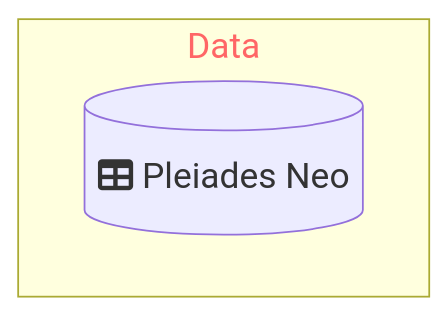
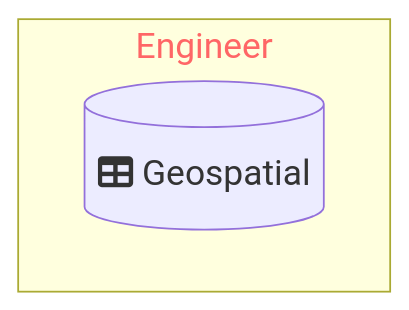
The diagram in README.md (DippoldEJ/DippoldEJ), drawn with Mermaid before and after one commit.

````diff
--- a/README.md
+++ b/README.md
@@ -3,18 +3,18 @@
 ```mermaid
 flowchart LR;
 %%{init: {
 	'themeVariables': { 'fontSize': '20px', 'fontFamily': 'Didot'}
 	}
 }%%
 
- subgraph n[Data]
+ subgraph n[Engineer]
         direction LR
-        b[(fa:fa-table Pleiades Neo)]
+        b[(fa:fa-table Geospatial)]
     end
 
  
 
 style n color:#f66
 
 
 ```
````
